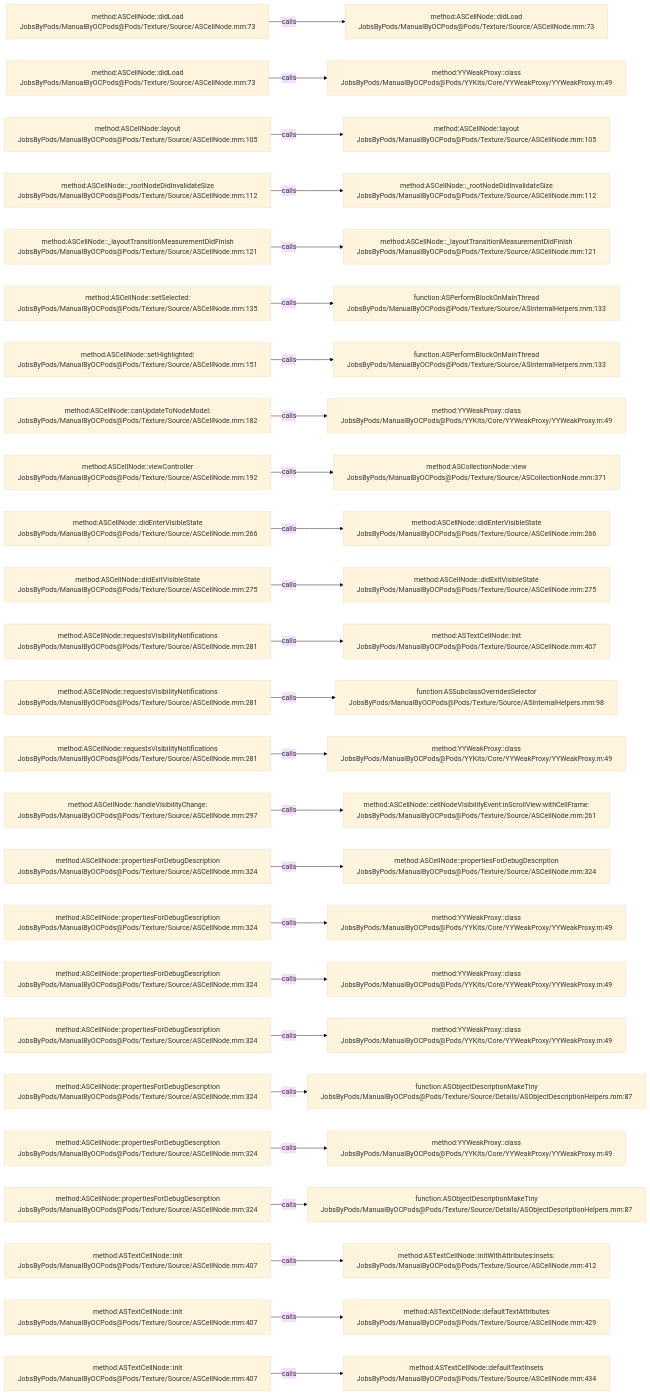
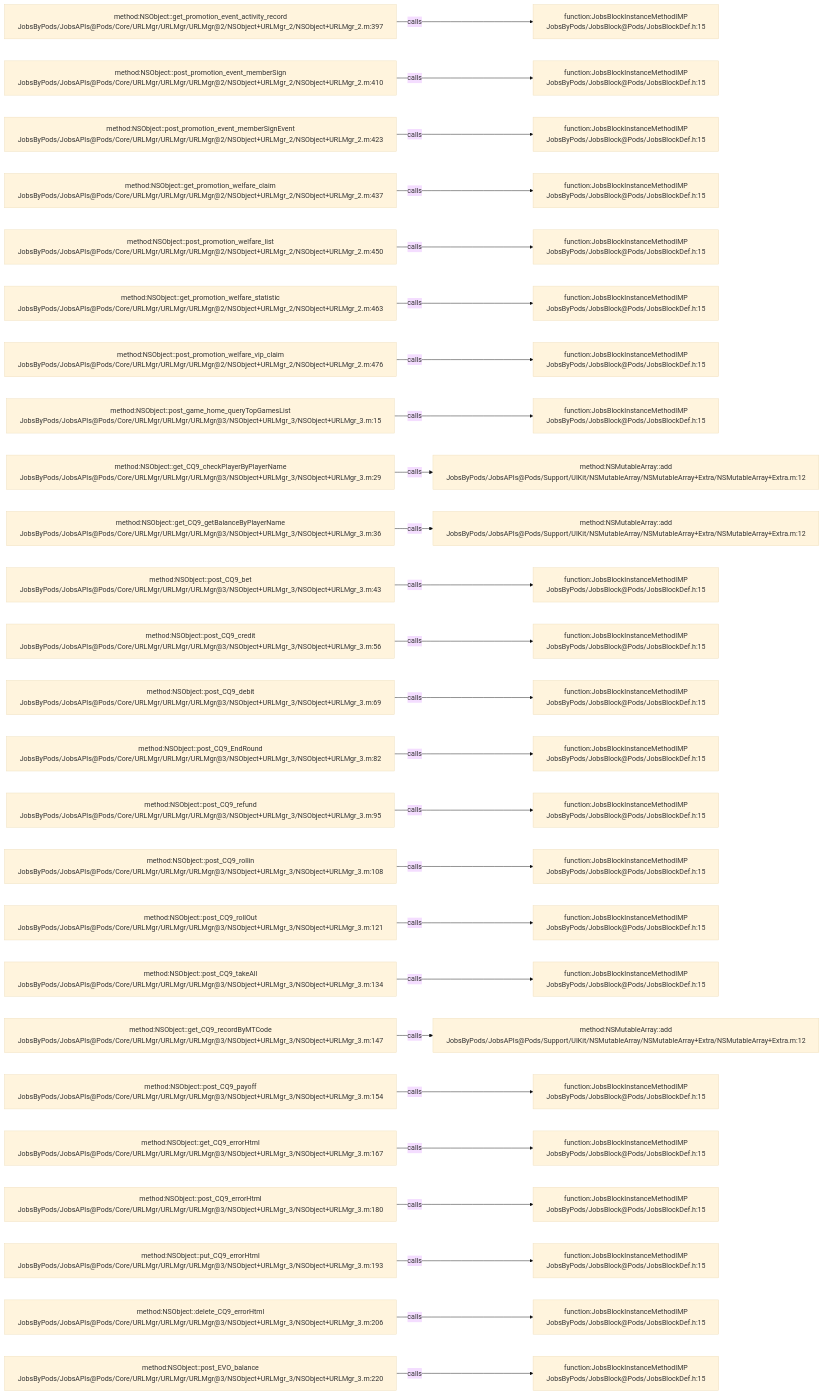
One commit to JobsKits/JobsOCBaseConfigDemo changed the diagram in .codegraph/codegraph.md/graphs/calls-059.md. Above: the diagram before and after it, drawn with Mermaid (base theme). The commit also changed 768 other files, not shown here.

````diff
--- a/.codegraph/codegraph.md/graphs/calls-059.md
+++ b/.codegraph/codegraph.md/graphs/calls-059.md
@@ -13,78 +13,78 @@
 ```mermaid
 flowchart LR
-  S1["method:ASCellNode::didLoad<br/>JobsByPods/ManualByOCPods@Pods/Texture/Source/ASCellNode.mm:73"]
-  T1["method:ASCellNode::didLoad<br/>JobsByPods/ManualByOCPods@Pods/Texture/Source/ASCellNode.mm:73"]
+  S1["method:NSObject::get_promotion_event_activity_record<br/>JobsByPods/JobsAPIs@Pods/Core/URLMgr/URLMgr/URLMgr@2/NSObject+URLMgr_2/NSObject+URLMgr_2.m:397"]
+  T1["function:JobsBlockInstanceMethodIMP<br/>JobsByPods/JobsBlock@Pods/JobsBlockDef.h:15"]
   S1 -->|calls| T1
-  S2["method:ASCellNode::didLoad<br/>JobsByPods/ManualByOCPods@Pods/Texture/Source/ASCellNode.mm:73"]
-  T2["method:YYWeakProxy::class<br/>JobsByPods/ManualByOCPods@Pods/YYKits/Core/YYWeakProxy/YYWeakProxy.m:49"]
+  S2["method:NSObject::post_promotion_event_memberSign<br/>JobsByPods/JobsAPIs@Pods/Core/URLMgr/URLMgr/URLMgr@2/NSObject+URLMgr_2/NSObject+URLMgr_2.m:410"]
+  T2["function:JobsBlockInstanceMethodIMP<br/>JobsByPods/JobsBlock@Pods/JobsBlockDef.h:15"]
   S2 -->|calls| T2
-  S3["method:ASCellNode::layout<br/>JobsByPods/ManualByOCPods@Pods/Texture/Source/ASCellNode.mm:105"]
-  T3["method:ASCellNode::layout<br/>JobsByPods/ManualByOCPods@Pods/Texture/Source/ASCellNode.mm:105"]
+  S3["method:NSObject::post_promotion_event_memberSignEvent<br/>JobsByPods/JobsAPIs@Pods/Core/URLMgr/URLMgr/URLMgr@2/NSObject+URLMgr_2/NSObject+URLMgr_2.m:423"]
+  T3["function:JobsBlockInstanceMethodIMP<br/>JobsByPods/JobsBlock@Pods/JobsBlockDef.h:15"]
   S3 -->|calls| T3
-  S4["method:ASCellNode::_rootNodeDidInvalidateSize<br/>JobsByPods/ManualByOCPods@Pods/Texture/Source/ASCellNode.mm:112"]
-  T4["method:ASCellNode::_rootNodeDidInvalidateSize<br/>JobsByPods/ManualByOCPods@Pods/Texture/Source/ASCellNode.mm:112"]
+  S4["method:NSObject::get_promotion_welfare_claim<br/>JobsByPods/JobsAPIs@Pods/Core/URLMgr/URLMgr/URLMgr@2/NSObject+URLMgr_2/NSObject+URLMgr_2.m:437"]
+  T4["function:JobsBlockInstanceMethodIMP<br/>JobsByPods/JobsBlock@Pods/JobsBlockDef.h:15"]
   S4 -->|calls| T4
-  S5["method:ASCellNode::_layoutTransitionMeasurementDidFinish<br/>JobsByPods/ManualByOCPods@Pods/Texture/Source/ASCellNode.mm:121"]
-  T5["method:ASCellNode::_layoutTransitionMeasurementDidFinish<br/>JobsByPods/ManualByOCPods@Pods/Texture/Source/ASCellNode.mm:121"]
+  S5["method:NSObject::post_promotion_welfare_list<br/>JobsByPods/JobsAPIs@Pods/Core/URLMgr/URLMgr/URLMgr@2/NSObject+URLMgr_2/NSObject+URLMgr_2.m:450"]
+  T5["function:JobsBlockInstanceMethodIMP<br/>JobsByPods/JobsBlock@Pods/JobsBlockDef.h:15"]
   S5 -->|calls| T5
-  S6["method:ASCellNode::setSelected:<br/>JobsByPods/ManualByOCPods@Pods/Texture/Source/ASCellNode.mm:135"]
-  T6["function:ASPerformBlockOnMainThread<br/>JobsByPods/ManualByOCPods@Pods/Texture/Source/ASInternalHelpers.mm:133"]
+  S6["method:NSObject::get_promotion_welfare_statistic<br/>JobsByPods/JobsAPIs@Pods/Core/URLMgr/URLMgr/URLMgr@2/NSObject+URLMgr_2/NSObject+URLMgr_2.m:463"]
+  T6["function:JobsBlockInstanceMethodIMP<br/>JobsByPods/JobsBlock@Pods/JobsBlockDef.h:15"]
   S6 -->|calls| T6
-  S7["method:ASCellNode::setHighlighted:<br/>JobsByPods/ManualByOCPods@Pods/Texture/Source/ASCellNode.mm:151"]
-  T7["function:ASPerformBlockOnMainThread<br/>JobsByPods/ManualByOCPods@Pods/Texture/Source/ASInternalHelpers.mm:133"]
+  S7["method:NSObject::post_promotion_welfare_vip_claim<br/>JobsByPods/JobsAPIs@Pods/Core/URLMgr/URLMgr/URLMgr@2/NSObject+URLMgr_2/NSObject+URLMgr_2.m:476"]
+  T7["function:JobsBlockInstanceMethodIMP<br/>JobsByPods/JobsBlock@Pods/JobsBlockDef.h:15"]
   S7 -->|calls| T7
-  S8["method:ASCellNode::canUpdateToNodeModel:<br/>JobsByPods/ManualByOCPods@Pods/Texture/Source/ASCellNode.mm:182"]
-  T8["method:YYWeakProxy::class<br/>JobsByPods/ManualByOCPods@Pods/YYKits/Core/YYWeakProxy/YYWeakProxy.m:49"]
+  S8["method:NSObject::post_game_home_queryTopGamesList<br/>JobsByPods/JobsAPIs@Pods/Core/URLMgr/URLMgr/URLMgr@3/NSObject+URLMgr_3/NSObject+URLMgr_3.m:15"]
+  T8["function:JobsBlockInstanceMethodIMP<br/>JobsByPods/JobsBlock@Pods/JobsBlockDef.h:15"]
   S8 -->|calls| T8
-  S9["method:ASCellNode::viewController<br/>JobsByPods/ManualByOCPods@Pods/Texture/Source/ASCellNode.mm:192"]
-  T9["method:ASCollectionNode::view<br/>JobsByPods/ManualByOCPods@Pods/Texture/Source/ASCollectionNode.mm:371"]
+  S9["method:NSObject::get_CQ9_checkPlayerByPlayerName<br/>JobsByPods/JobsAPIs@Pods/Core/URLMgr/URLMgr/URLMgr@3/NSObject+URLMgr_3/NSObject+URLMgr_3.m:29"]
+  T9["method:NSMutableArray::add<br/>JobsByPods/JobsAPIs@Pods/Support/UIKit/NSMutableArray/NSMutableArray+Extra/NSMutableArray+Extra.m:12"]
   S9 -->|calls| T9
-  S10["method:ASCellNode::didEnterVisibleState<br/>JobsByPods/ManualByOCPods@Pods/Texture/Source/ASCellNode.mm:266"]
-  T10["method:ASCellNode::didEnterVisibleState<br/>JobsByPods/ManualByOCPods@Pods/Texture/Source/ASCellNode.mm:266"]
+  S10["method:NSObject::get_CQ9_getBalanceByPlayerName<br/>JobsByPods/JobsAPIs@Pods/Core/URLMgr/URLMgr/URLMgr@3/NSObject+URLMgr_3/NSObject+URLMgr_3.m:36"]
+  T10["method:NSMutableArray::add<br/>JobsByPods/JobsAPIs@Pods/Support/UIKit/NSMutableArray/NSMutableArray+Extra/NSMutableArray+Extra.m:12"]
   S10 -->|calls| T10
-  S11["method:ASCellNode::didExitVisibleState<br/>JobsByPods/ManualByOCPods@Pods/Texture/Source/ASCellNode.mm:275"]
-  T11["method:ASCellNode::didExitVisibleState<br/>JobsByPods/ManualByOCPods@Pods/Texture/Source/ASCellNode.mm:275"]
+  S11["method:NSObject::post_CQ9_bet<br/>JobsByPods/JobsAPIs@Pods/Core/URLMgr/URLMgr/URLMgr@3/NSObject+URLMgr_3/NSObject+URLMgr_3.m:43"]
+  T11["function:JobsBlockInstanceMethodIMP<br/>JobsByPods/JobsBlock@Pods/JobsBlockDef.h:15"]
   S11 -->|calls| T11
-  S12["method:ASCellNode::requestsVisibilityNotifications<br/>JobsByPods/ManualByOCPods@Pods/Texture/Source/ASCellNode.mm:281"]
-  T12["method:ASTextCellNode::init<br/>JobsByPods/ManualByOCPods@Pods/Texture/Source/ASCellNode.mm:407"]
+  S12["method:NSObject::post_CQ9_credit<br/>JobsByPods/JobsAPIs@Pods/Core/URLMgr/URLMgr/URLMgr@3/NSObject+URLMgr_3/NSObject+URLMgr_3.m:56"]
+  T12["function:JobsBlockInstanceMethodIMP<br/>JobsByPods/JobsBlock@Pods/JobsBlockDef.h:15"]
   S12 -->|calls| T12
-  S13["method:ASCellNode::requestsVisibilityNotifications<br/>JobsByPods/ManualByOCPods@Pods/Texture/Source/ASCellNode.mm:281"]
-  T13["function:ASSubclassOverridesSelector<br/>JobsByPods/ManualByOCPods@Pods/Texture/Source/ASInternalHelpers.mm:98"]
+  S13["method:NSObject::post_CQ9_debit<br/>JobsByPods/JobsAPIs@Pods/Core/URLMgr/URLMgr/URLMgr@3/NSObject+URLMgr_3/NSObject+URLMgr_3.m:69"]
+  T13["function:JobsBlockInstanceMethodIMP<br/>JobsByPods/JobsBlock@Pods/JobsBlockDef.h:15"]
   S13 -->|calls| T13
-  S14["method:ASCellNode::requestsVisibilityNotifications<br/>JobsByPods/ManualByOCPods@Pods/Texture/Source/ASCellNode.mm:281"]
-  T14["method:YYWeakProxy::class<br/>JobsByPods/ManualByOCPods@Pods/YYKits/Core/YYWeakProxy/YYWeakProxy.m:49"]
+  S14["method:NSObject::post_CQ9_EndRound<br/>JobsByPods/JobsAPIs@Pods/Core/URLMgr/URLMgr/URLMgr@3/NSObject+URLMgr_3/NSObject+URLMgr_3.m:82"]
+  T14["function:JobsBlockInstanceMethodIMP<br/>JobsByPods/JobsBlock@Pods/JobsBlockDef.h:15"]
   S14 -->|calls| T14
-  S15["method:ASCellNode::handleVisibilityChange:<br/>JobsByPods/ManualByOCPods@Pods/Texture/Source/ASCellNode.mm:297"]
-  T15["method:ASCellNode::cellNodeVisibilityEvent:inScrollView:withCellFrame:<br/>JobsByPods/ManualByOCPods@Pods/Texture/Source/ASCellNode.mm:261"]
+  S15["method:NSObject::post_CQ9_refund<br/>JobsByPods/JobsAPIs@Pods/Core/URLMgr/URLMgr/URLMgr@3/NSObject+URLMgr_3/NSObject+URLMgr_3.m:95"]
+  T15["function:JobsBlockInstanceMethodIMP<br/>JobsByPods/JobsBlock@Pods/JobsBlockDef.h:15"]
   S15 -->|calls| T15
-  S16["method:ASCellNode::propertiesForDebugDescription<br/>JobsByPods/ManualByOCPods@Pods/Texture/Source/ASCellNode.mm:324"]
-  T16["method:ASCellNode::propertiesForDebugDescription<br/>JobsByPods/ManualByOCPods@Pods/Texture/Source/ASCellNode.mm:324"]
+  S16["method:NSObject::post_CQ9_rollin<br/>JobsByPods/JobsAPIs@Pods/Core/URLMgr/URLMgr/URLMgr@3/NSObject+URLMgr_3/NSObject+URLMgr_3.m:108"]
+  T16["function:JobsBlockInstanceMethodIMP<br/>JobsByPods/JobsBlock@Pods/JobsBlockDef.h:15"]
   S16 -->|calls| T16
-  S17["method:ASCellNode::propertiesForDebugDescription<br/>JobsByPods/ManualByOCPods@Pods/Texture/Source/ASCellNode.mm:324"]
-  T17["method:YYWeakProxy::class<br/>JobsByPods/ManualByOCPods@Pods/YYKits/Core/YYWeakProxy/YYWeakProxy.m:49"]
+  S17["method:NSObject::post_CQ9_rollOut<br/>JobsByPods/JobsAPIs@Pods/Core/URLMgr/URLMgr/URLMgr@3/NSObject+URLMgr_3/NSObject+URLMgr_3.m:121"]
+  T17["function:JobsBlockInstanceMethodIMP<br/>JobsByPods/JobsBlock@Pods/JobsBlockDef.h:15"]
   S17 -->|calls| T17
-  S18["method:ASCellNode::propertiesForDebugDescription<br/>JobsByPods/ManualByOCPods@Pods/Texture/Source/ASCellNode.mm:324"]
-  T18["method:YYWeakProxy::class<br/>JobsByPods/ManualByOCPods@Pods/YYKits/Core/YYWeakProxy/YYWeakProxy.m:49"]
+  S18["method:NSObject::post_CQ9_takeAll<br/>JobsByPods/JobsAPIs@Pods/Core/URLMgr/URLMgr/URLMgr@3/NSObject+URLMgr_3/NSObject+URLMgr_3.m:134"]
+  T18["function:JobsBlockInstanceMethodIMP<br/>JobsByPods/JobsBlock@Pods/JobsBlockDef.h:15"]
   S18 -->|calls| T18
-  S19["method:ASCellNode::propertiesForDebugDescription<br/>JobsByPods/ManualByOCPods@Pods/Texture/Source/ASCellNode.mm:324"]
-  T19["method:YYWeakProxy::class<br/>JobsByPods/ManualByOCPods@Pods/YYKits/Core/YYWeakProxy/YYWeakProxy.m:49"]
+  S19["method:NSObject::get_CQ9_recordByMTCode<br/>JobsByPods/JobsAPIs@Pods/Core/URLMgr/URLMgr/URLMgr@3/NSObject+URLMgr_3/NSObject+URLMgr_3.m:147"]
+  T19["method:NSMutableArray::add<br/>JobsByPods/JobsAPIs@Pods/Support/UIKit/NSMutableArray/NSMutableArray+Extra/NSMutableArray+Extra.m:12"]
   S19 -->|calls| T19
-  S20["method:ASCellNode::propertiesForDebugDescription<br/>JobsByPods/ManualByOCPods@Pods/Texture/Source/ASCellNode.mm:324"]
-  T20["function:ASObjectDescriptionMakeTiny<br/>JobsByPods/ManualByOCPods@Pods/Texture/Source/Details/ASObjectDescriptionHelpers.mm:87"]
+  S20["method:NSObject::post_CQ9_payoff<br/>JobsByPods/JobsAPIs@Pods/Core/URLMgr/URLMgr/URLMgr@3/NSObject+URLMgr_3/NSObject+URLMgr_3.m:154"]
+  T20["function:JobsBlockInstanceMethodIMP<br/>JobsByPods/JobsBlock@Pods/JobsBlockDef.h:15"]
   S20 -->|calls| T20
-  S21["method:ASCellNode::propertiesForDebugDescription<br/>JobsByPods/ManualByOCPods@Pods/Texture/Source/ASCellNode.mm:324"]
-  T21["method:YYWeakProxy::class<br/>JobsByPods/ManualByOCPods@Pods/YYKits/Core/YYWeakProxy/YYWeakProxy.m:49"]
+  S21["method:NSObject::get_CQ9_errorHtml<br/>JobsByPods/JobsAPIs@Pods/Core/URLMgr/URLMgr/URLMgr@3/NSObject+URLMgr_3/NSObject+URLMgr_3.m:167"]
+  T21["function:JobsBlockInstanceMethodIMP<br/>JobsByPods/JobsBlock@Pods/JobsBlockDef.h:15"]
   S21 -->|calls| T21
-  S22["method:ASCellNode::propertiesForDebugDescription<br/>JobsByPods/ManualByOCPods@Pods/Texture/Source/ASCellNode.mm:324"]
-  T22["function:ASObjectDescriptionMakeTiny<br/>JobsByPods/ManualByOCPods@Pods/Texture/Source/Details/ASObjectDescriptionHelpers.mm:87"]
+  S22["method:NSObject::post_CQ9_errorHtml<br/>JobsByPods/JobsAPIs@Pods/Core/URLMgr/URLMgr/URLMgr@3/NSObject+URLMgr_3/NSObject+URLMgr_3.m:180"]
+  T22["function:JobsBlockInstanceMethodIMP<br/>JobsByPods/JobsBlock@Pods/JobsBlockDef.h:15"]
   S22 -->|calls| T22
-  S23["method:ASTextCellNode::init<br/>JobsByPods/ManualByOCPods@Pods/Texture/Source/ASCellNode.mm:407"]
-  T23["method:ASTextCellNode::initWithAttributes:insets:<br/>JobsByPods/ManualByOCPods@Pods/Texture/Source/ASCellNode.mm:412"]
+  S23["method:NSObject::put_CQ9_errorHtml<br/>JobsByPods/JobsAPIs@Pods/Core/URLMgr/URLMgr/URLMgr@3/NSObject+URLMgr_3/NSObject+URLMgr_3.m:193"]
+  T23["function:JobsBlockInstanceMethodIMP<br/>JobsByPods/JobsBlock@Pods/JobsBlockDef.h:15"]
   S23 -->|calls| T23
-  S24["method:ASTextCellNode::init<br/>JobsByPods/ManualByOCPods@Pods/Texture/Source/ASCellNode.mm:407"]
-  T24["method:ASTextCellNode::defaultTextAttributes<br/>JobsByPods/ManualByOCPods@Pods/Texture/Source/ASCellNode.mm:429"]
+  S24["method:NSObject::delete_CQ9_errorHtml<br/>JobsByPods/JobsAPIs@Pods/Core/URLMgr/URLMgr/URLMgr@3/NSObject+URLMgr_3/NSObject+URLMgr_3.m:206"]
+  T24["function:JobsBlockInstanceMethodIMP<br/>JobsByPods/JobsBlock@Pods/JobsBlockDef.h:15"]
   S24 -->|calls| T24
-  S25["method:ASTextCellNode::init<br/>JobsByPods/ManualByOCPods@Pods/Texture/Source/ASCellNode.mm:407"]
-  T25["method:ASTextCellNode::defaultTextInsets<br/>JobsByPods/ManualByOCPods@Pods/Texture/Source/ASCellNode.mm:434"]
+  S25["method:NSObject::post_EVO_balance<br/>JobsByPods/JobsAPIs@Pods/Core/URLMgr/URLMgr/URLMgr@3/NSObject+URLMgr_3/NSObject+URLMgr_3.m:220"]
+  T25["function:JobsBlockInstanceMethodIMP<br/>JobsByPods/JobsBlock@Pods/JobsBlockDef.h:15"]
   S25 -->|calls| T25
 ```
````
